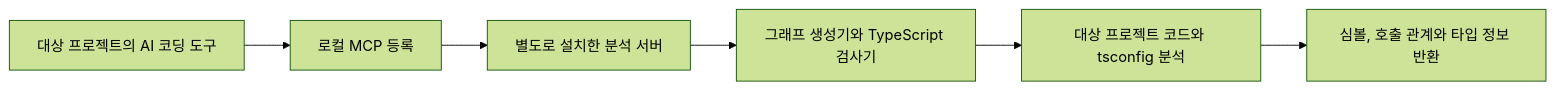
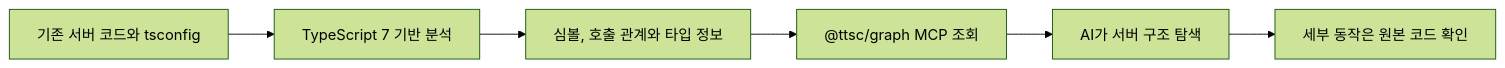
Before and after one commit to KimHG1995/work-history: the diagram in projects/ai-development-setup/typescript-graph.md, drawn with Mermaid (forest theme). The commit also changed other lines of this file, not shown here.

Commit message:
docs: explain file search and symbol graph lookup

````diff
--- a/projects/ai-development-setup/typescript-graph.md
+++ b/projects/ai-development-setup/typescript-graph.md
@@ -64,8 +65,8 @@
 ```mermaid
 flowchart LR
-    agent["대상 프로젝트의 AI 코딩 도구"] --> mcp["로컬 MCP 등록"]
-    mcp --> host["별도로 설치한 분석 서버"]
-    host --> analyzer["그래프 생성기와 TypeScript 검사기"]
-    analyzer --> source["대상 프로젝트 코드와 tsconfig 분석"]
-    source --> result["심볼, 호출 관계와 타입 정보 반환"]
+    source["기존 서버 코드와 tsconfig"] --> engine["TypeScript 7 기반 분석"]
+    engine --> graphData["심볼, 호출 관계와 타입 정보"]
+    graphData --> mcp["@ttsc/graph MCP 조회"]
+    mcp --> agent["AI가 서버 구조 탐색"]
+    agent --> detail["세부 동작은 원본 코드 확인"]
 ```
````
